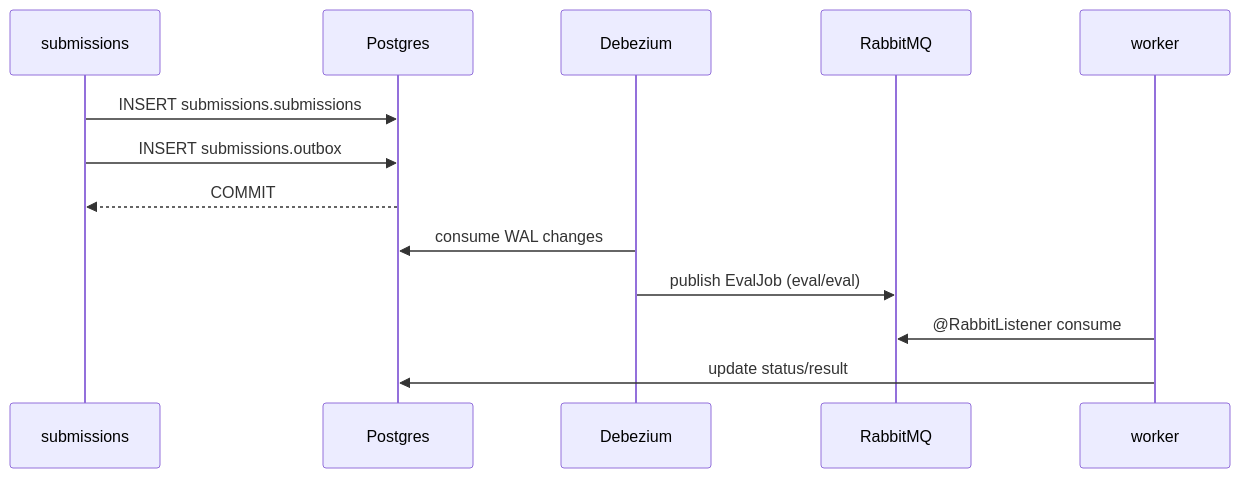
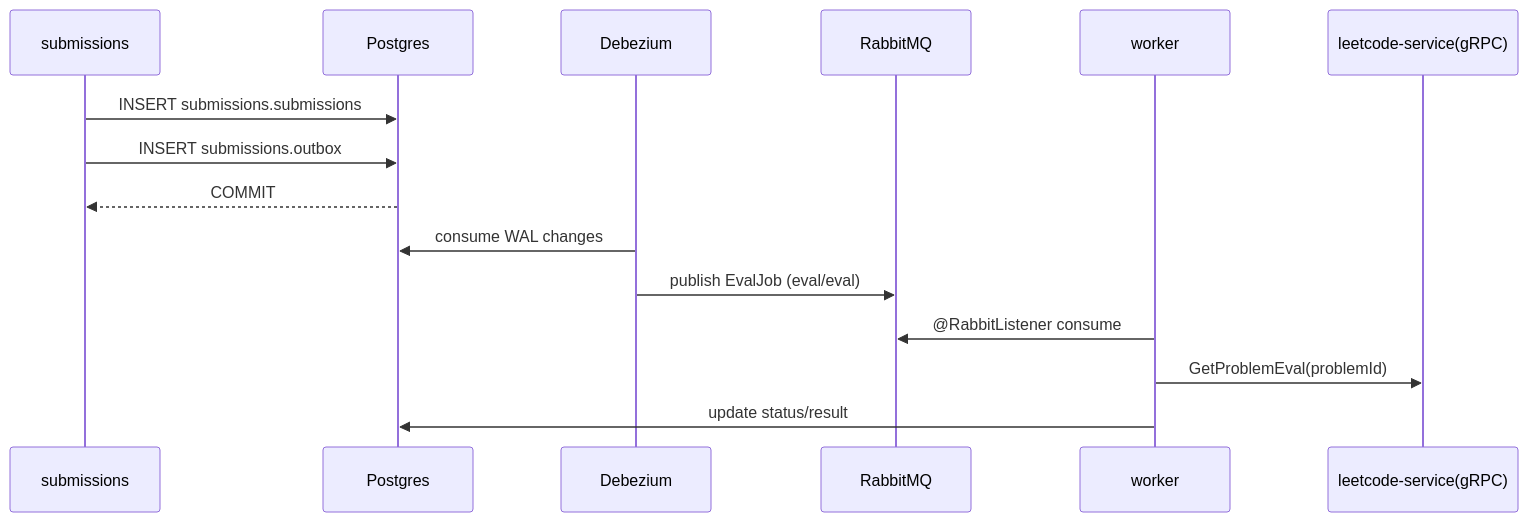
One commit to FuJacob/leetdoodle changed the diagram in docs/backend/contracts/eval-messaging.md. Above: the diagram before and after it, drawn with Mermaid. The commit also changed other lines of this file and 47 other files, not shown here.

First line of the commit message:
feat: migrate worker to fetch eval data via gRPC from leetcode-service

````diff
--- a/docs/backend/contracts/eval-messaging.md
+++ b/docs/backend/contracts/eval-messaging.md
@@ -46,16 +50,18 @@
 ```mermaid
 sequenceDiagram
     participant SUB as submissions
     participant PG as Postgres
     participant DBZ as Debezium
     participant RMQ as RabbitMQ
     participant WRK as worker
+    participant LEE as leetcode-service(gRPC)
 
     SUB->>PG: INSERT submissions.submissions
     SUB->>PG: INSERT submissions.outbox
     PG-->>SUB: COMMIT
     DBZ->>PG: consume WAL changes
     DBZ->>RMQ: publish EvalJob (eval/eval)
     WRK->>RMQ: @RabbitListener consume
+    WRK->>LEE: GetProblemEval(problemId)
     WRK->>PG: update status/result
 ```
````
